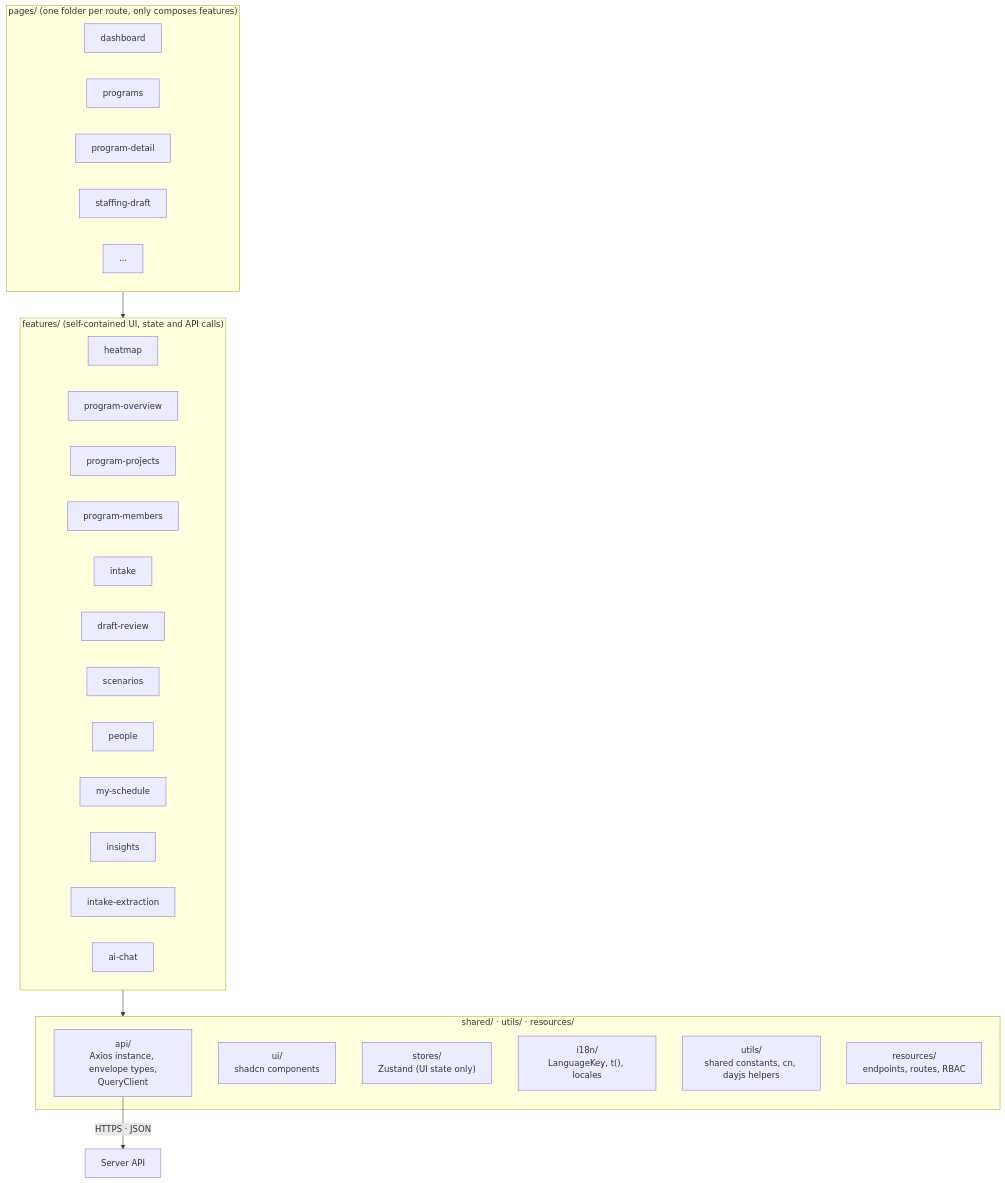
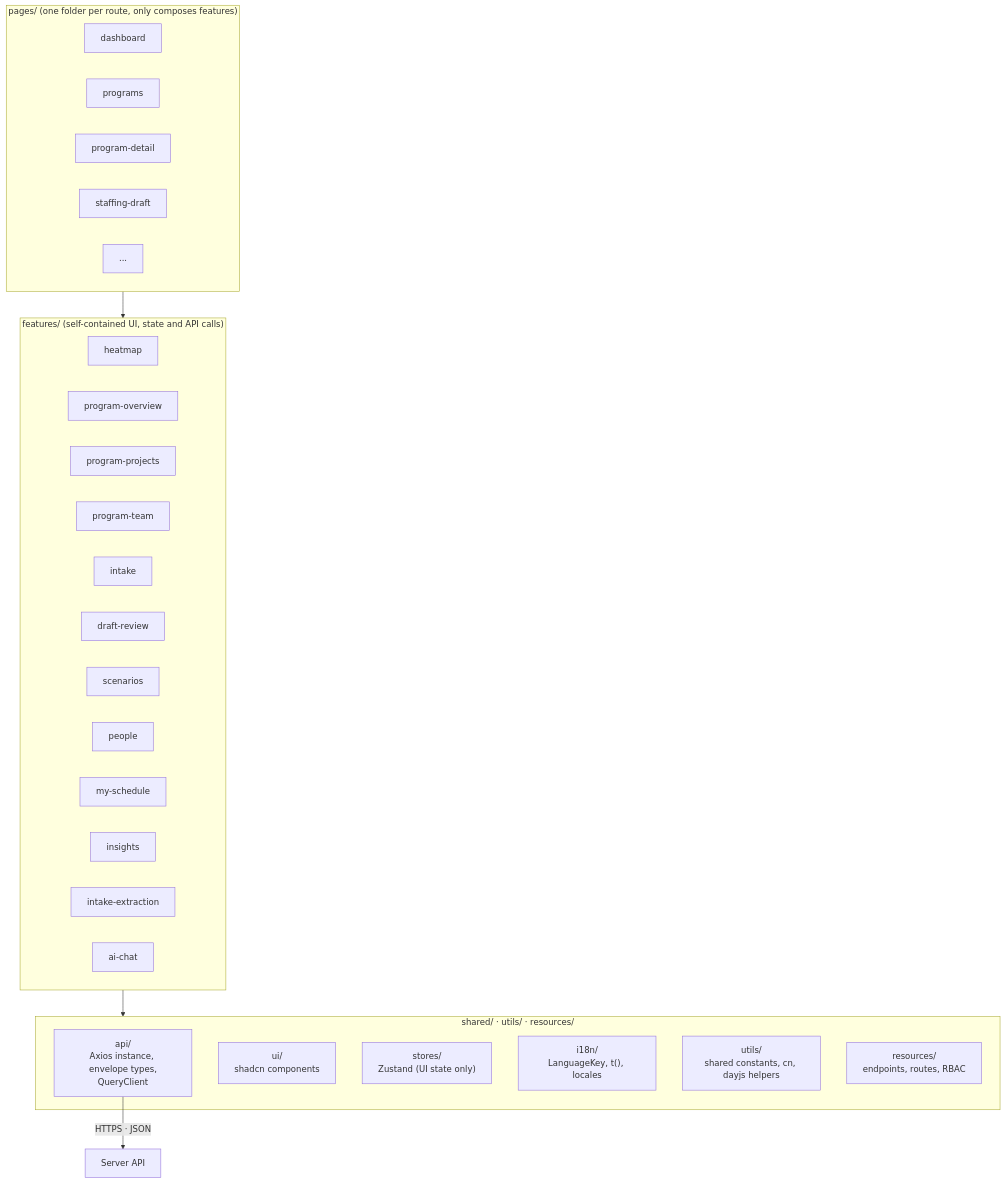
Before and after one commit to dophnamm/the-slot-finder: the second of 2 diagrams in client/README.md, drawn with Mermaid. The commit also changed other lines of this file and 6 other files, not shown here.

````diff
--- a/client/README.md
+++ b/client/README.md
@@ -89,34 +90,34 @@
 ```mermaid
 flowchart TB
   subgraph pages["pages/ (one folder per route, only composes features)"]
     p1["dashboard"]
     p2["programs"]
     p3["program-detail"]
     p4["staffing-draft"]
     p5["..."]
   end
   subgraph features["features/ (self-contained UI, state and API calls)"]
     f1["heatmap"]
     f2["program-overview"]
     f3["program-projects"]
-    f4["program-members"]
+    f4["program-team"]
     f5["intake"]
     f6["draft-review"]
     f7["scenarios"]
     f8["people"]
     f9["my-schedule"]
     f10["insights"]
     f11["intake-extraction"]
     f12["ai-chat"]
   end
   subgraph shared["shared/ · utils/ · resources/"]
     s1["api/<br/>Axios instance, envelope types,<br/>QueryClient"]
     s2["ui/<br/>shadcn components"]
     s4["stores/<br/>Zustand (UI state only)"]
     s5["i18n/<br/>LanguageKey, t(), locales"]
     s3["utils/<br/>shared constants, cn, dayjs helpers"]
     s6["resources/<br/>endpoints, routes, RBAC"]
   end
   pages --> features --> shared
   s1 -->|"HTTPS · JSON"| server["Server API"]
 ```
````
